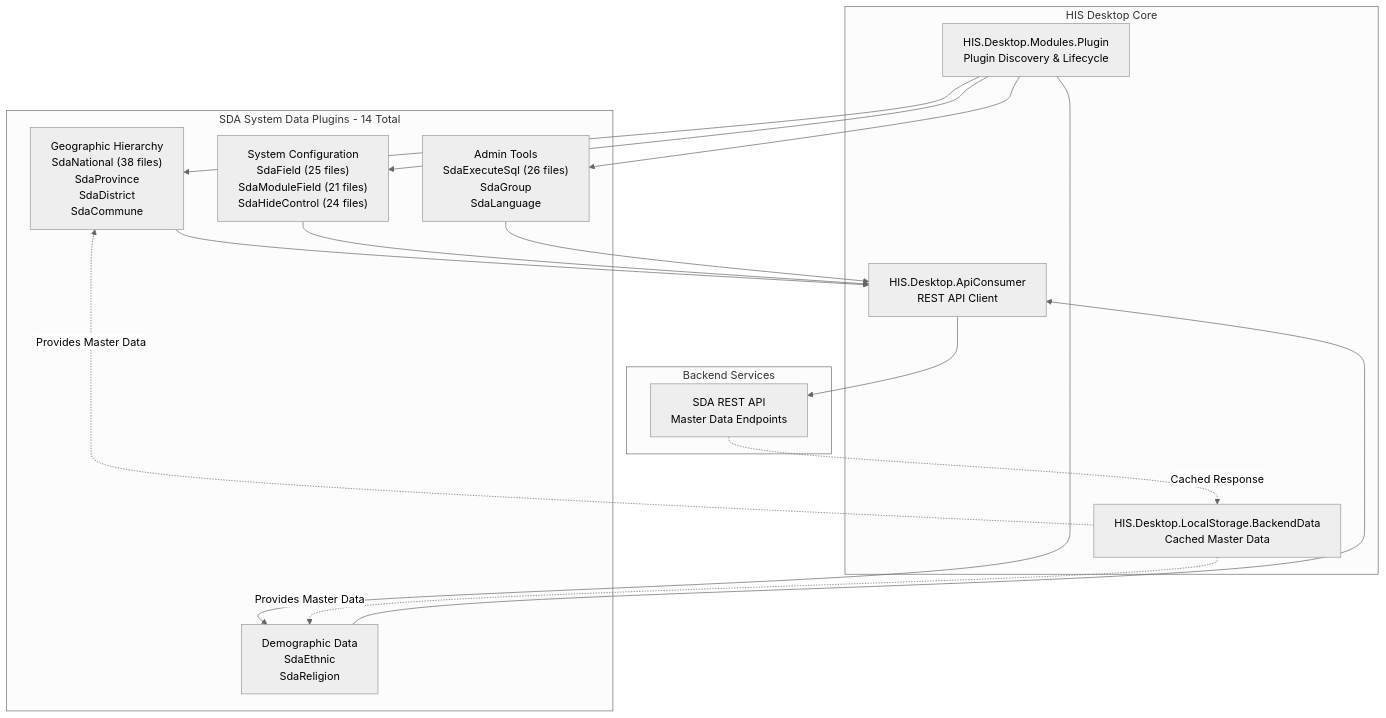
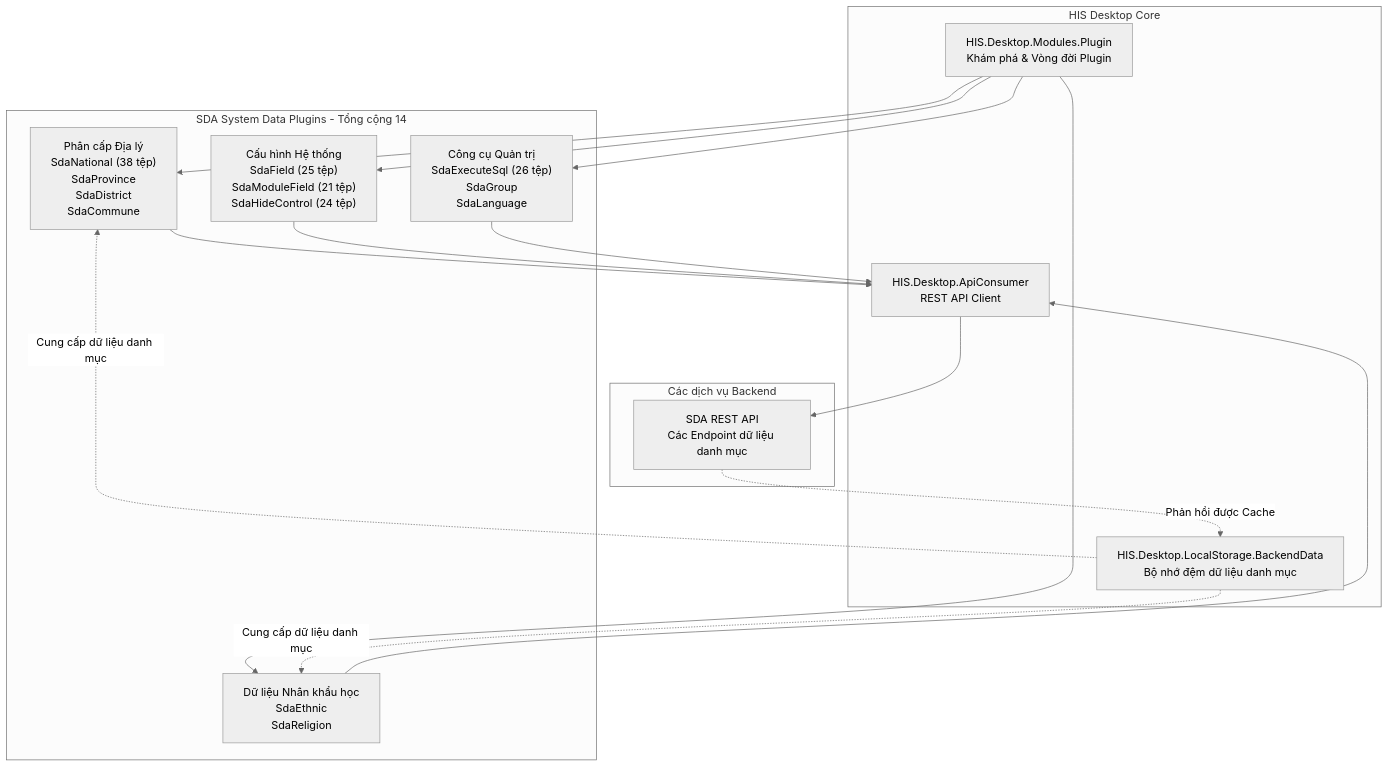
The first of 6 diagrams in docs/his-ba-documentation/03-business-domains/administration/system-data.md (thangpnb/HIS), drawn with Mermaid (neutral theme) before and after one commit. The commit also changed other lines of this file and 30 other files, not shown here.

Commit message:
Refactor architecture docs and update translations

````diff
--- a/docs/his-ba-documentation/03-business-domains/administration/system-data.md
+++ b/docs/his-ba-documentation/03-business-domains/administration/system-data.md
@@ -17,35 +17,35 @@
 ```mermaid
 graph TB
     subgraph "HIS Desktop Core"
-        PluginCore["HIS.Desktop.Modules.Plugin<br/>Plugin Discovery & Lifecycle"]
-        LocalStorage["HIS.Desktop.LocalStorage.BackendData<br/>Cached Master Data"]
+        PluginCore["HIS.Desktop.Modules.Plugin<br/>Khám phá & Vòng đời Plugin"]
+        LocalStorage["HIS.Desktop.LocalStorage.BackendData<br/>Bộ nhớ đệm dữ liệu danh mục"]
         ApiConsumer["HIS.Desktop.ApiConsumer<br/>REST API Client"]
     end
     
-    subgraph "SDA System Data Plugins - 14 Total"
-        Geographic["Geographic Hierarchy<br/>SdaNational (38 files)<br/>SdaProvince<br/>SdaDistrict<br/>SdaCommune"]
-        Demographic["Demographic Data<br/>SdaEthnic<br/>SdaReligion"]
-        SystemConfig["System Configuration<br/>SdaField (25 files)<br/>SdaModuleField (21 files)<br/>SdaHideControl (24 files)"]
-        AdminTools["Admin Tools<br/>SdaExecuteSql (26 files)<br/>SdaGroup<br/>SdaLanguage"]
+    subgraph "SDA System Data Plugins - Tổng cộng 14"
+        Geographic["Phân cấp Địa lý<br/>SdaNational (38 tệp)<br/>SdaProvince<br/>SdaDistrict<br/>SdaCommune"]
+        Demographic["Dữ liệu Nhân khẩu học<br/>SdaEthnic<br/>SdaReligion"]
+        SystemConfig["Cấu hình Hệ thống<br/>SdaField (25 tệp)<br/>SdaModuleField (21 tệp)<br/>SdaHideControl (24 tệp)"]
+        AdminTools["Công cụ Quản trị<br/>SdaExecuteSql (26 tệp)<br/>SdaGroup<br/>SdaLanguage"]
     end
     
-    subgraph "Backend Services"
-        SDAAPI["SDA REST API<br/>Master Data Endpoints"]
+    subgraph "Các dịch vụ Backend"
+        SDAAPI["SDA REST API<br/>Các Endpoint dữ liệu danh mục"]
     end
     
     PluginCore --> Geographic
     PluginCore --> Demographic
     PluginCore --> SystemConfig
     PluginCore --> AdminTools
     
     Geographic --> ApiConsumer
     Demographic --> ApiConsumer
     SystemConfig --> ApiConsumer
     AdminTools --> ApiConsumer
     
     ApiConsumer --> SDAAPI
-    SDAAPI -.->|Cached Response| LocalStorage
+    SDAAPI -.->|Phản hồi được Cache| LocalStorage
     
-    LocalStorage -.->|Provides Master Data| Geographic
-    LocalStorage -.->|Provides Master Data| Demographic
+    LocalStorage -.->|Cung cấp dữ liệu danh mục| Geographic
+    LocalStorage -.->|Cung cấp dữ liệu danh mục| Demographic
 ```
````
